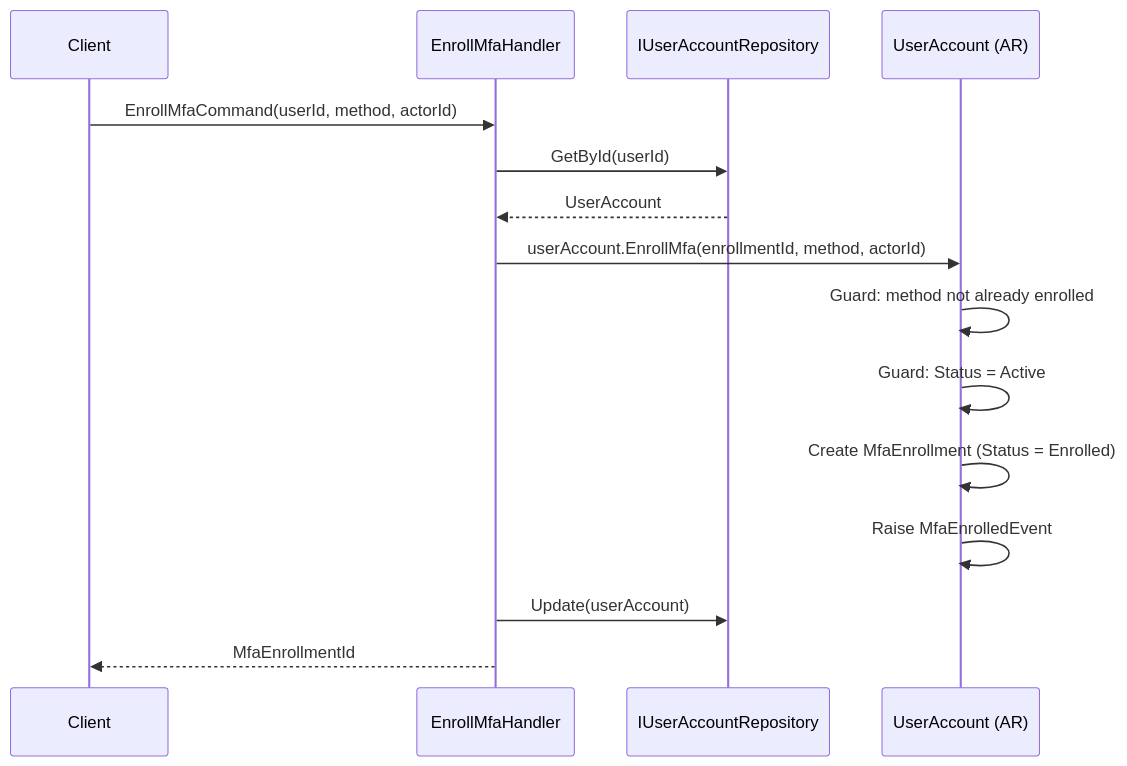
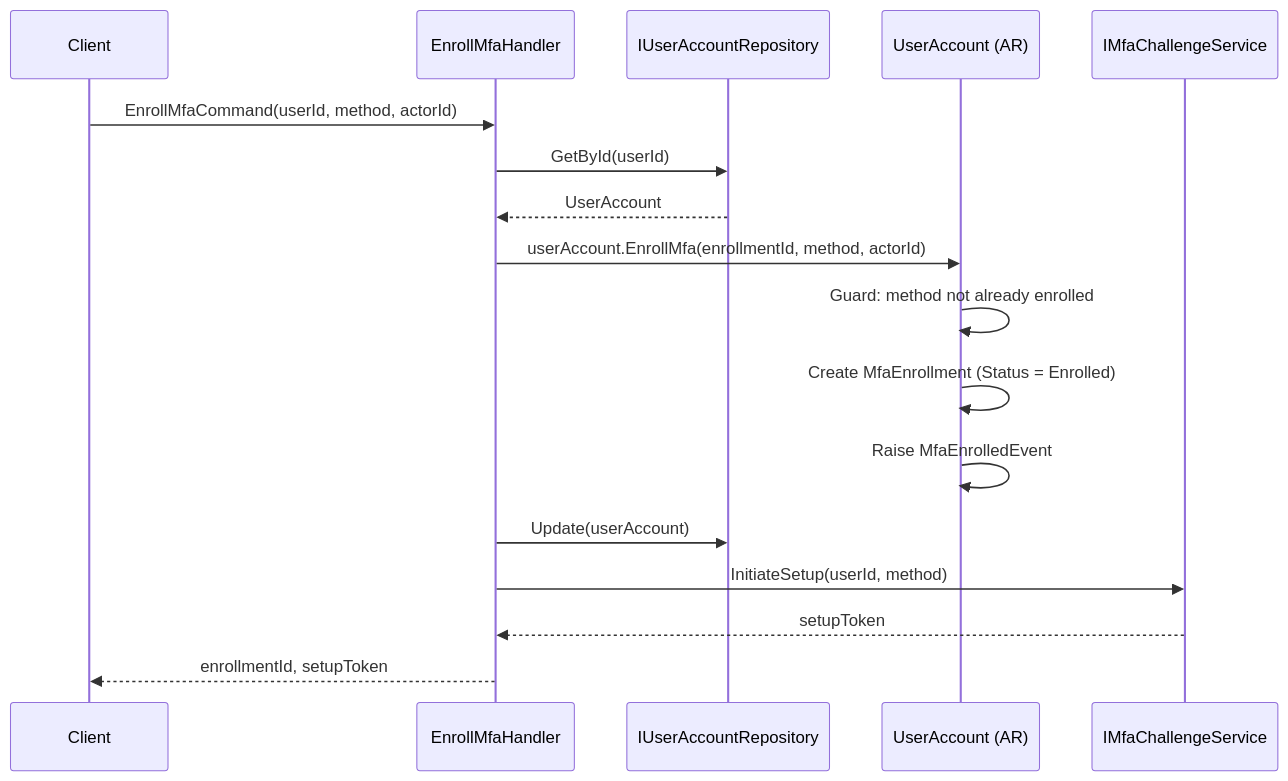
The third of 5 diagrams in docs/domain/identity/user-account.md (beyondnetcode/ums), drawn with Mermaid before and after one commit. The commit also changed other lines of this file and 19 other files, not shown here.

````diff
--- a/docs/domain/identity/user-account.md
+++ b/docs/domain/identity/user-account.md
@@ -189,18 +174,20 @@
 ```mermaid
 sequenceDiagram
     participant C as Client
     participant H as EnrollMfaHandler
     participant R as IUserAccountRepository
     participant U as UserAccount (AR)
+    participant MFA as IMfaChallengeService
 
     C->>H: EnrollMfaCommand(userId, method, actorId)
     H->>R: GetById(userId)
     R-->>H: UserAccount
     H->>U: userAccount.EnrollMfa(enrollmentId, method, actorId)
     U->>U: Guard: method not already enrolled
-    U->>U: Guard: Status = Active
     U->>U: Create MfaEnrollment (Status = Enrolled)
     U->>U: Raise MfaEnrolledEvent
     H->>R: Update(userAccount)
-    H-->>C: MfaEnrollmentId
+    H->>MFA: InitiateSetup(userId, method)
+    MFA-->>H: setupToken
+    H-->>C: enrollmentId, setupToken
 ```
````
